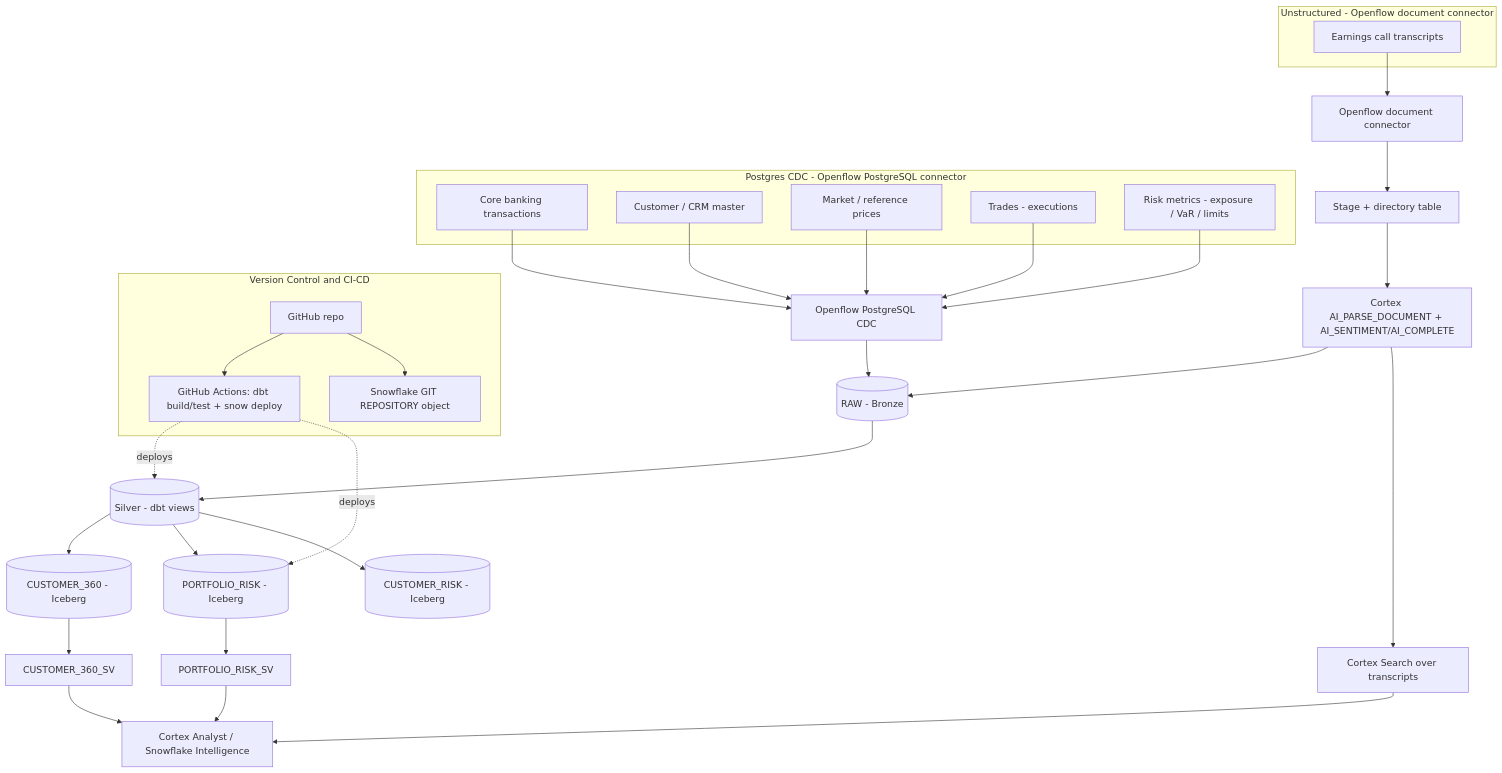
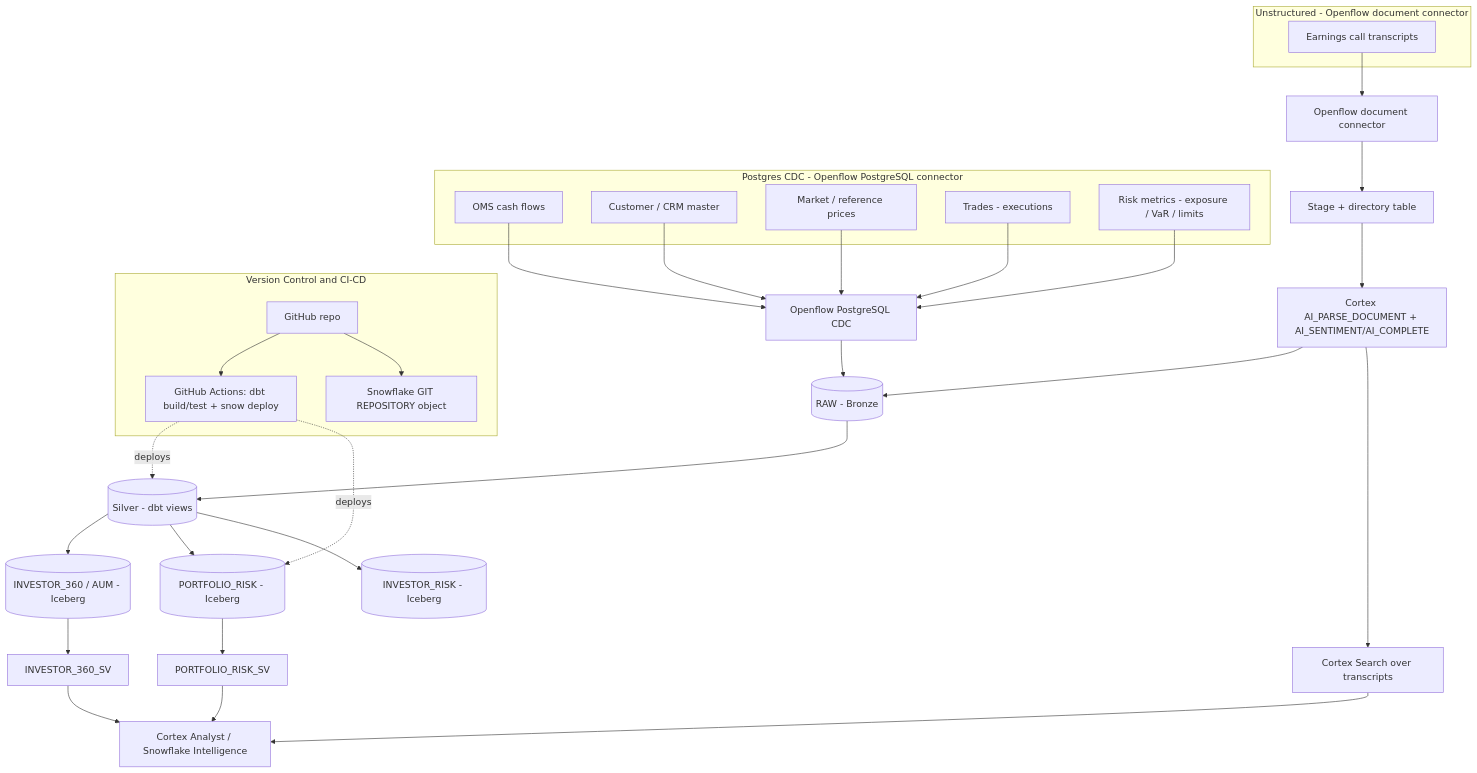
Before and after one commit to jordandhill/finance-de-demo: the diagram in README.md, drawn with Mermaid. The commit also changed other lines of this file and 17 other files, not shown here.

Commit message:
Reframe demo for Asset Management + AI-for-DE: INVESTOR_360/AUM, investor segments, rewritten talk track

````diff
--- a/README.md
+++ b/README.md
@@ -6,39 +9,39 @@
 ```mermaid
 flowchart TD
   subgraph pg [Postgres CDC - Openflow PostgreSQL connector]
-    S1[Core banking transactions]
+    S1[OMS cash flows]
     S2[Customer / CRM master]
     S3[Market / reference prices]
     S4[Trades - executions]
     S5[Risk metrics - exposure / VaR / limits]
   end
   subgraph docs [Unstructured - Openflow document connector]
     D1[Earnings call transcripts]
   end
   S1 --> OFPG[Openflow PostgreSQL CDC]
   S2 --> OFPG
   S3 --> OFPG
   S4 --> OFPG
   S5 --> OFPG
   D1 --> OFDOC[Openflow document connector]
   OFPG --> RAW[(RAW - Bronze)]
   OFDOC --> STG_DOC[Stage + directory table]
   STG_DOC --> PARSE[Cortex AI_PARSE_DOCUMENT + AI_SENTIMENT/AI_COMPLETE]
   PARSE --> RAW
   RAW --> SILVER[(Silver - dbt views)]
-  SILVER --> G1[(CUSTOMER_360 - Iceberg)]
+  SILVER --> G1[(INVESTOR_360 / AUM - Iceberg)]
   SILVER --> G2[(PORTFOLIO_RISK - Iceberg)]
-  SILVER --> G3[(CUSTOMER_RISK - Iceberg)]
+  SILVER --> G3[(INVESTOR_RISK - Iceberg)]
   PARSE --> SEARCH[Cortex Search over transcripts]
-  G1 --> SV1[CUSTOMER_360_SV]
+  G1 --> SV1[INVESTOR_360_SV]
   G2 --> SV2[PORTFOLIO_RISK_SV]
   SV1 --> AI[Cortex Analyst / Snowflake Intelligence]
   SV2 --> AI
   SEARCH --> AI
   subgraph cicd [Version Control and CI-CD]
     GH[GitHub repo] --> GHA[GitHub Actions: dbt build/test + snow deploy]
     GH --> GITREPO[Snowflake GIT REPOSITORY object]
   end
   GHA -.deploys.-> SILVER
   GHA -.deploys.-> G2
 ```
````
